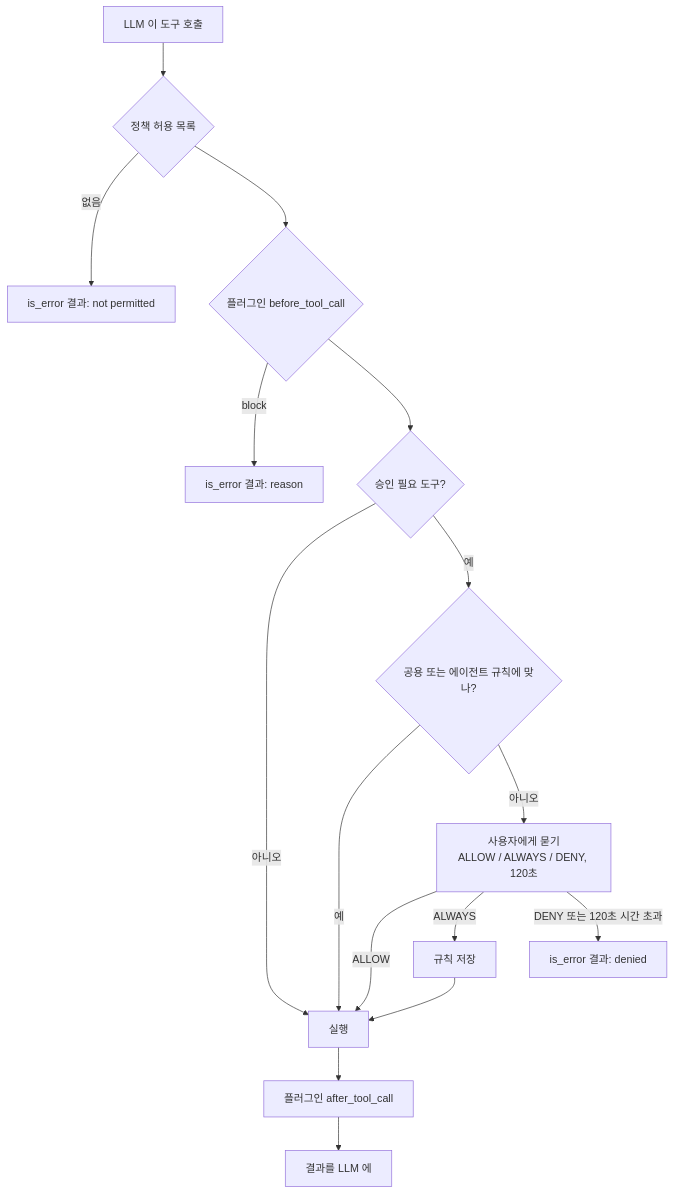
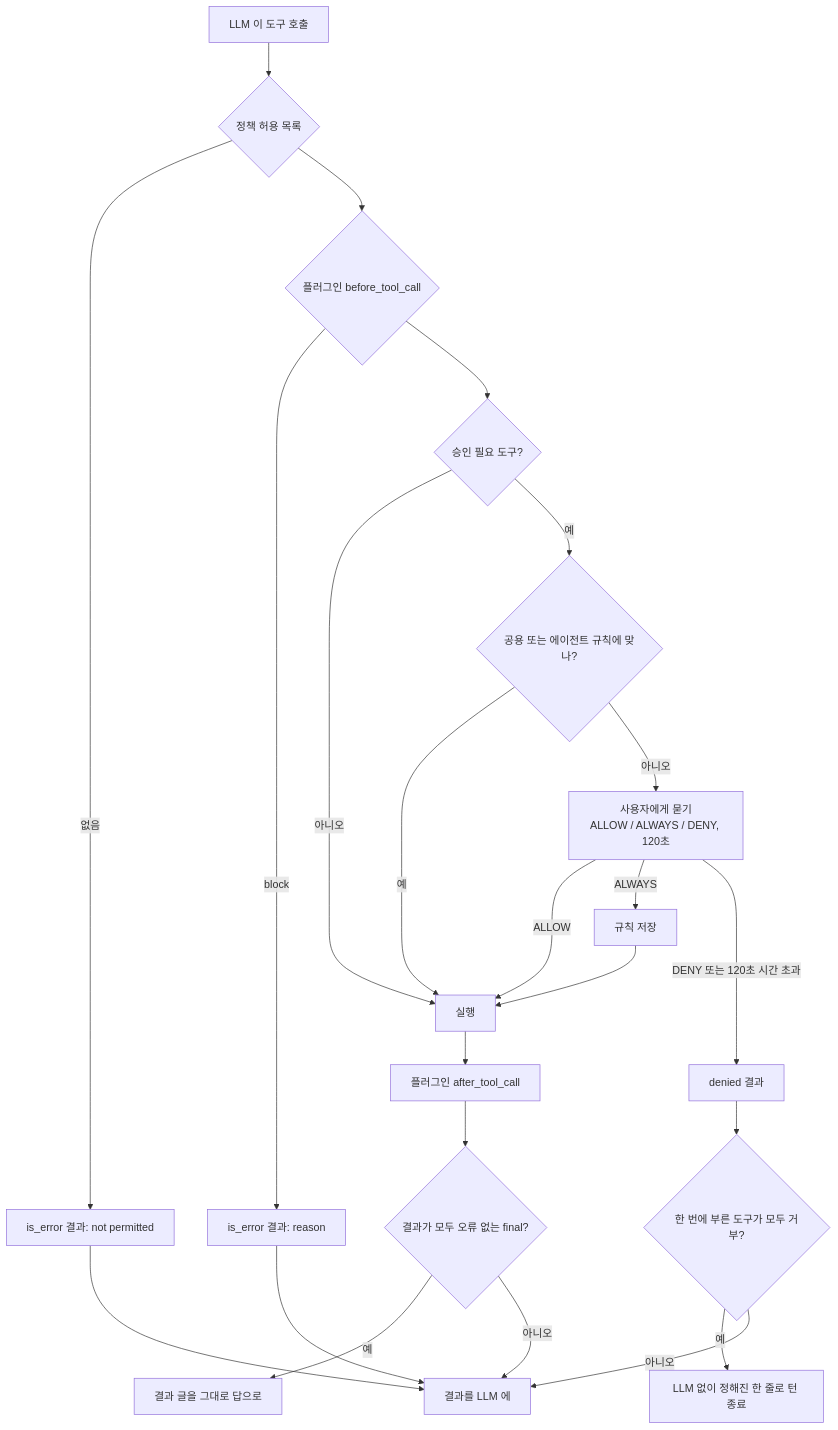
Before and after one commit to ash-hun/jarvis-agent: the first of 3 diagrams in website/docs/concepts/conversation/tools-and-approval.md, drawn with Mermaid. The commit also changed other lines of this file and 30 other files, not shown here.

First line of the commit message:
Docs: 기능별 그림 13장과 캡션, mermaid 를 지금 코드에 맞춰, 사라진 메모리 미들웨어와 ThoughtFrame 약속 필드를 지우고 이후 추가된 경로를 그린다 (#179)

````diff
--- a/website/docs/concepts/conversation/tools-and-approval.md
+++ b/website/docs/concepts/conversation/tools-and-approval.md
@@ -40,17 +40,24 @@
 ```mermaid
 flowchart TD
   L[LLM 이 도구 호출] --> A{정책 허용 목록}
   A -- 없음 --> E1[is_error 결과: not permitted]
   A --> B{플러그인 before_tool_call}
   B -- block --> E2[is_error 결과: reason]
   B --> C{승인 필요 도구?}
   C -- 아니오 --> X[실행]
   C -- 예 --> D{공용 또는 에이전트 규칙에 맞나?}
   D -- 예 --> X
   D -- 아니오 --> U[사용자에게 묻기<br/>ALLOW / ALWAYS / DENY, 120초]
   U -- ALLOW --> X
   U -- ALWAYS --> W[규칙 저장] --> X
-  U -- DENY 또는 120초 시간 초과 --> E3[is_error 결과: denied]
+  U -- DENY 또는 120초 시간 초과 --> E3[denied 결과]
+  E3 --> Q{한 번에 부른 도구가 모두 거부?}
+  Q -- 예 --> Z[LLM 없이 정해진 한 줄로 턴 종료]
+  Q -- 아니오 --> R
   X --> P[플러그인 after_tool_call]
-  P --> R[결과를 LLM 에]
+  P --> F{결과가 모두 오류 없는 final?}
+  F -- 예 --> FA[결과 글을 그대로 답으로]
+  F -- 아니오 --> R[결과를 LLM 에]
+  E1 --> R
+  E2 --> R
 ```
````
